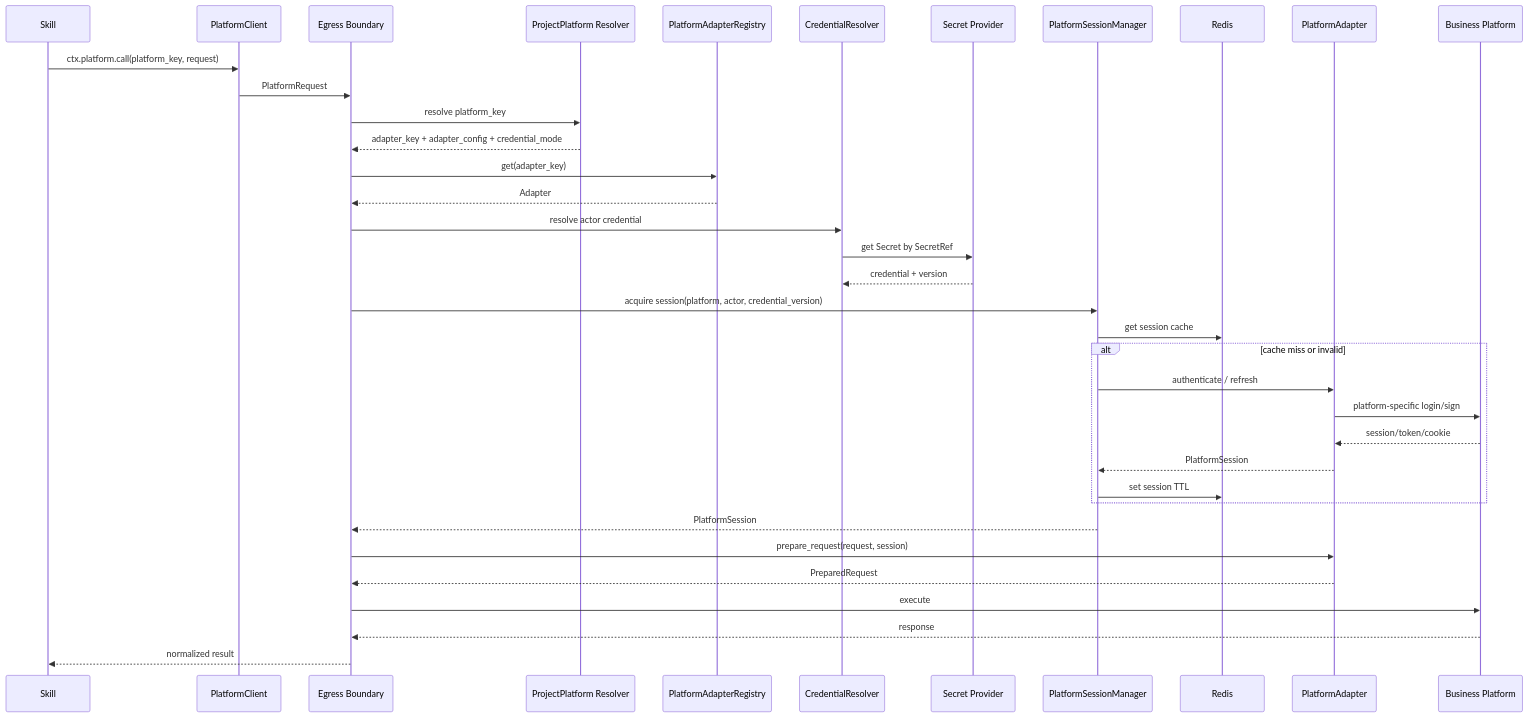
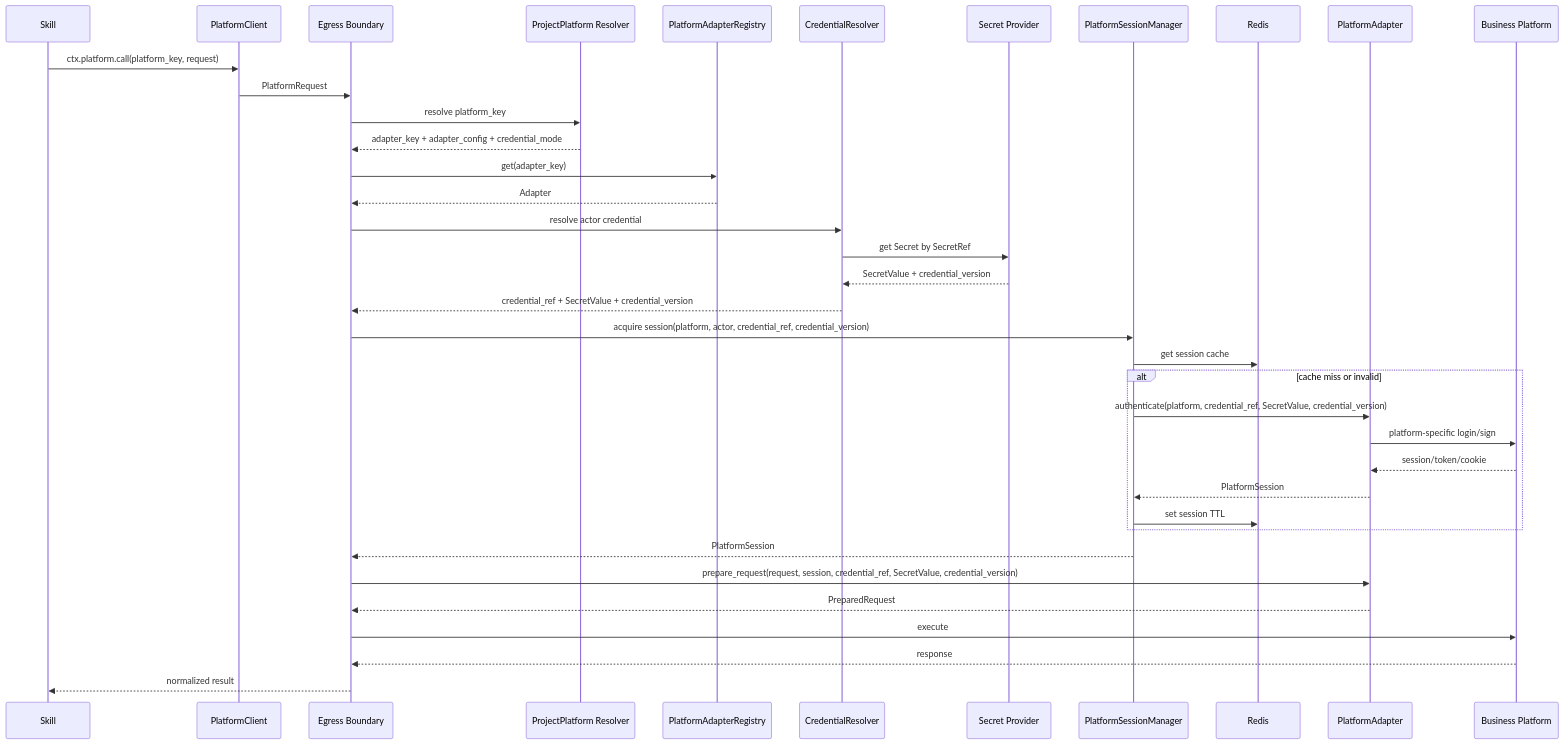
One commit to Michaelxwb/fluxion-harness changed diagram 21 of 22 in docs/08-关键流程时序与状态机详细设计.md. Above: the diagram before and after it, drawn with Mermaid. The commit also changed other lines of this file and 55 other files, not shown here.

````diff
--- a/docs/08-关键流程时序与状态机详细设计.md
+++ b/docs/08-关键流程时序与状态机详细设计.md
@@ -559,39 +603,40 @@
 ```mermaid
 sequenceDiagram
     participant SK as Skill
     participant PC as PlatformClient
     participant EB as Egress Boundary
     participant PP as ProjectPlatform Resolver
     participant REG as PlatformAdapterRegistry
     participant CR as CredentialResolver
     participant SP as Secret Provider
     participant SM as PlatformSessionManager
     participant RD as Redis
     participant AD as PlatformAdapter
     participant BP as Business Platform
 
     SK->>PC: ctx.platform.call(platform_key, request)
     PC->>EB: PlatformRequest
     EB->>PP: resolve platform_key
     PP-->>EB: adapter_key + adapter_config + credential_mode
     EB->>REG: get(adapter_key)
     REG-->>EB: Adapter
     EB->>CR: resolve actor credential
     CR->>SP: get Secret by SecretRef
-    SP-->>CR: credential + version
-    EB->>SM: acquire session(platform, actor, credential_version)
+    SP-->>CR: SecretValue + credential_version
+    CR-->>EB: credential_ref + SecretValue + credential_version
+    EB->>SM: acquire session(platform, actor, credential_ref, credential_version)
     SM->>RD: get session cache
     alt cache miss or invalid
-        SM->>AD: authenticate / refresh
+        SM->>AD: authenticate(platform, credential_ref, SecretValue, credential_version)
         AD->>BP: platform-specific login/sign
         BP-->>AD: session/token/cookie
         AD-->>SM: PlatformSession
         SM->>RD: set session TTL
     end
     SM-->>EB: PlatformSession
-    EB->>AD: prepare_request(request, session)
+    EB->>AD: prepare_request(request, session, credential_ref, SecretValue, credential_version)
     AD-->>EB: PreparedRequest
     EB->>BP: execute
     BP-->>EB: response
     EB-->>SK: normalized result
 ```
````
